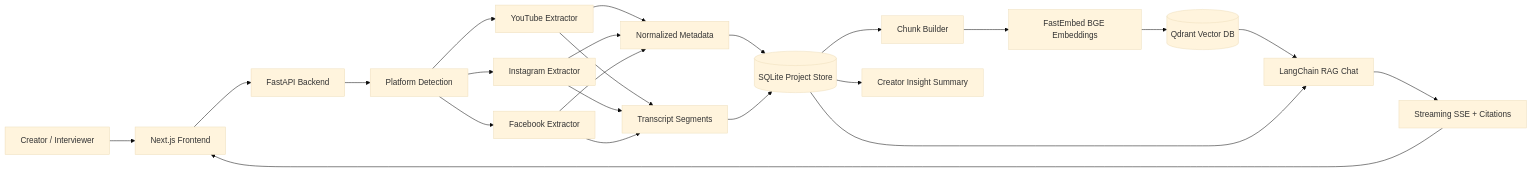
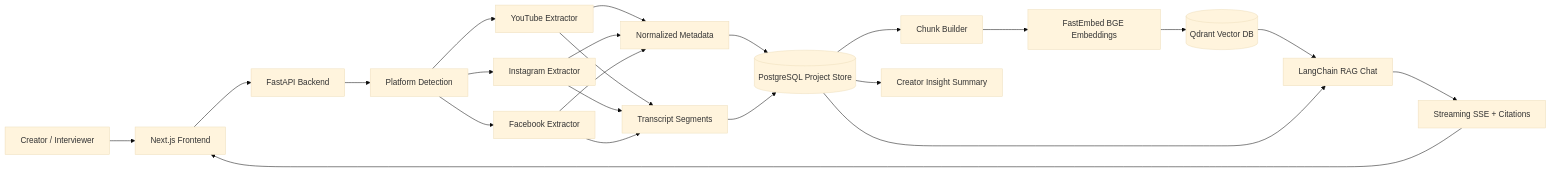
One commit to DiloJan-26/CreatorLens-AI changed the first of 5 diagrams in README.md. Above: the diagram before and after it, drawn with Mermaid (base theme). The commit also changed other lines of this file and 53 other files, not shown here.

Commit message:
Persistance db setup : PostgreSQL Persistence Foundation setted up

````diff
--- a/README.md
+++ b/README.md
@@ -77,31 +77,31 @@
 ```mermaid
 flowchart LR
     U[Creator / Interviewer] --> FE[Next.js Frontend]
     FE --> API[FastAPI Backend]
 
     API --> DETECT[Platform Detection]
     DETECT --> YT[YouTube Extractor]
     DETECT --> IG[Instagram Extractor]
     DETECT --> FB[Facebook Extractor]
 
     YT --> META[Normalized Metadata]
     IG --> META
     FB --> META
 
     YT --> TRANS[Transcript Segments]
     IG --> TRANS
     FB --> TRANS
 
-    META --> STORE[(SQLite Project Store)]
+    META --> STORE[(PostgreSQL Project Store)]
     TRANS --> STORE
 
     STORE --> CHUNK[Chunk Builder]
     CHUNK --> EMBED[FastEmbed BGE Embeddings]
     EMBED --> QDRANT[(Qdrant Vector DB)]
 
     STORE --> INSIGHTS[Creator Insight Summary]
     QDRANT --> RAG[LangChain RAG Chat]
     STORE --> RAG
     RAG --> SSE[Streaming SSE + Citations]
     SSE --> FE
 ```
````
